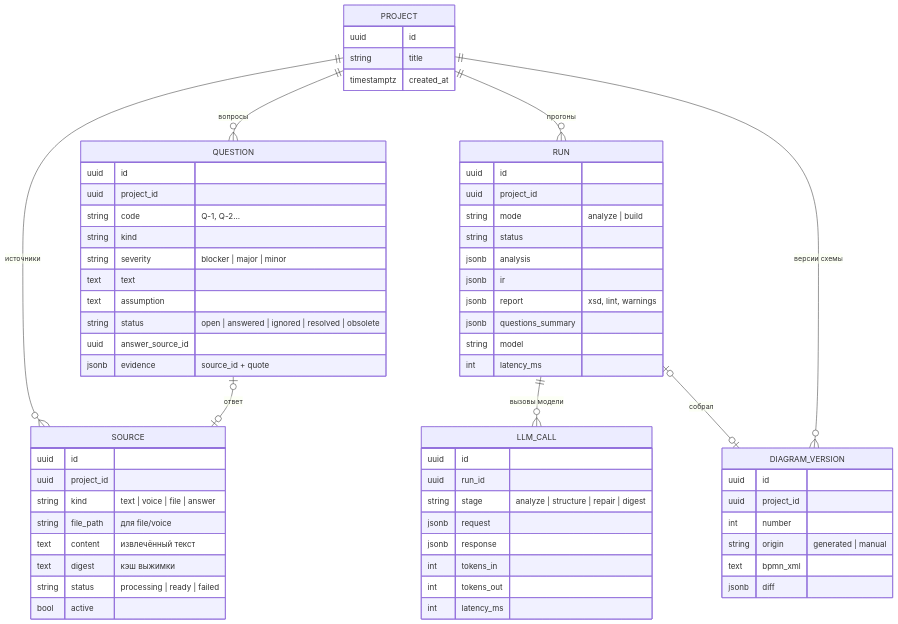
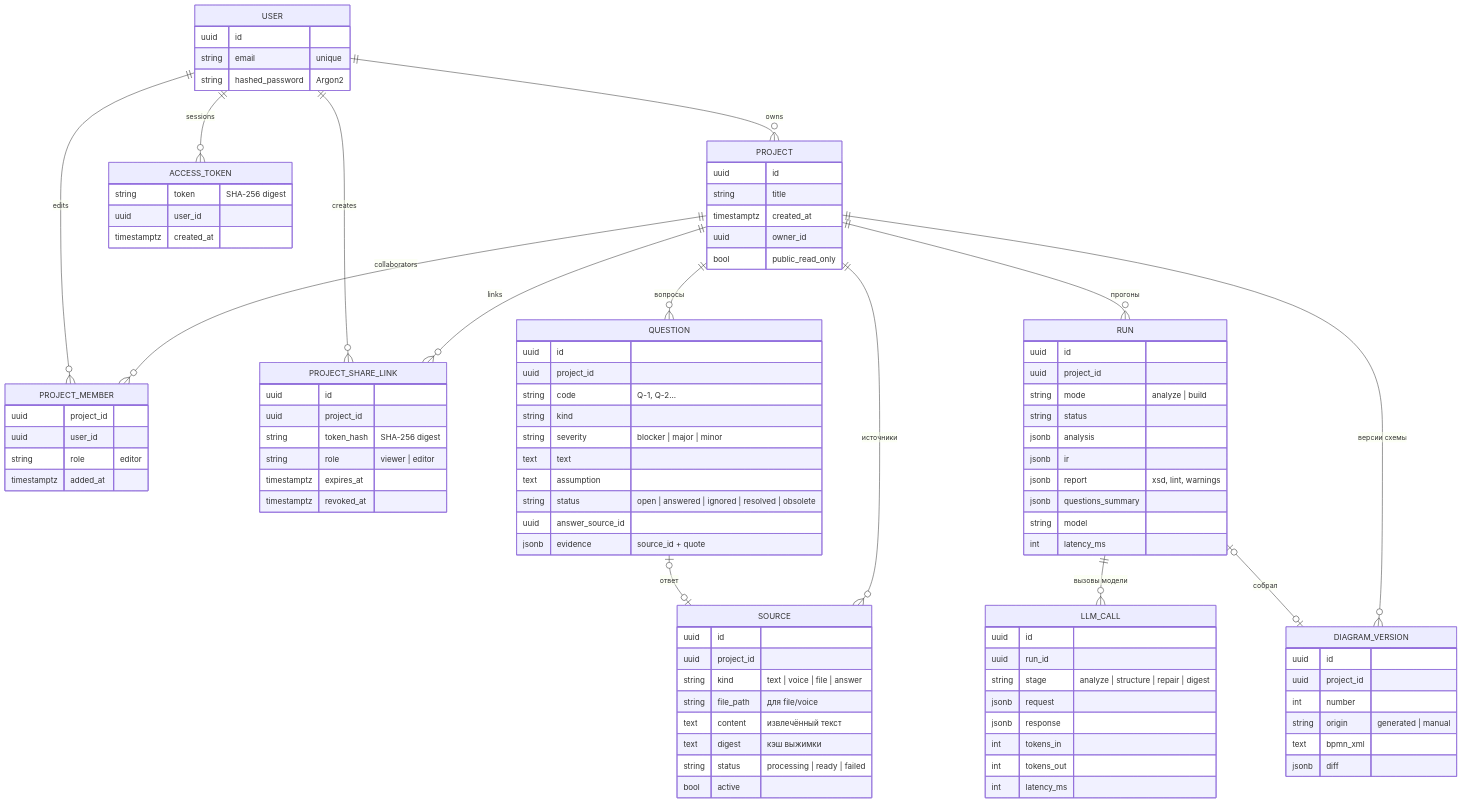
The seventh of 8 diagrams in docs/rfc/0001-architecture.md (MattoYuzuru/BPMN.Space), drawn with Mermaid before and after one commit. The commit also changed other lines of this file and 40 other files, not shown here.

Commit message:
feat(auth): add account sessions and project sharing

````diff
--- a/docs/rfc/0001-architecture.md
+++ b/docs/rfc/0001-architecture.md
@@ -375,5 +375,11 @@
 ```mermaid
 erDiagram
+    USER ||--o{ PROJECT : owns
+    USER ||--o{ ACCESS_TOKEN : sessions
+    PROJECT ||--o{ PROJECT_MEMBER : collaborators
+    USER ||--o{ PROJECT_MEMBER : edits
+    PROJECT ||--o{ PROJECT_SHARE_LINK : links
+    USER ||--o{ PROJECT_SHARE_LINK : creates
     PROJECT ||--o{ SOURCE : "источники"
     PROJECT ||--o{ QUESTION : "вопросы"
     PROJECT ||--o{ RUN : "прогоны"
@@ -385,6 +391,32 @@
         uuid id
         string title
         timestamptz created_at
+        uuid owner_id
+        bool public_read_only
+    }
+    USER {
+        uuid id
+        string email "unique"
+        string hashed_password "Argon2"
+    }
+    ACCESS_TOKEN {
+        string token "SHA-256 digest"
+        uuid user_id
+        timestamptz created_at
+    }
+    PROJECT_MEMBER {
+        uuid project_id
+        uuid user_id
+        string role "editor"
+        timestamptz added_at
+    }
+    PROJECT_SHARE_LINK {
+        uuid id
+        uuid project_id
+        string token_hash "SHA-256 digest"
+        string role "viewer | editor"
+        timestamptz expires_at
+        timestamptz revoked_at
     }
     SOURCE {
         uuid id
````
